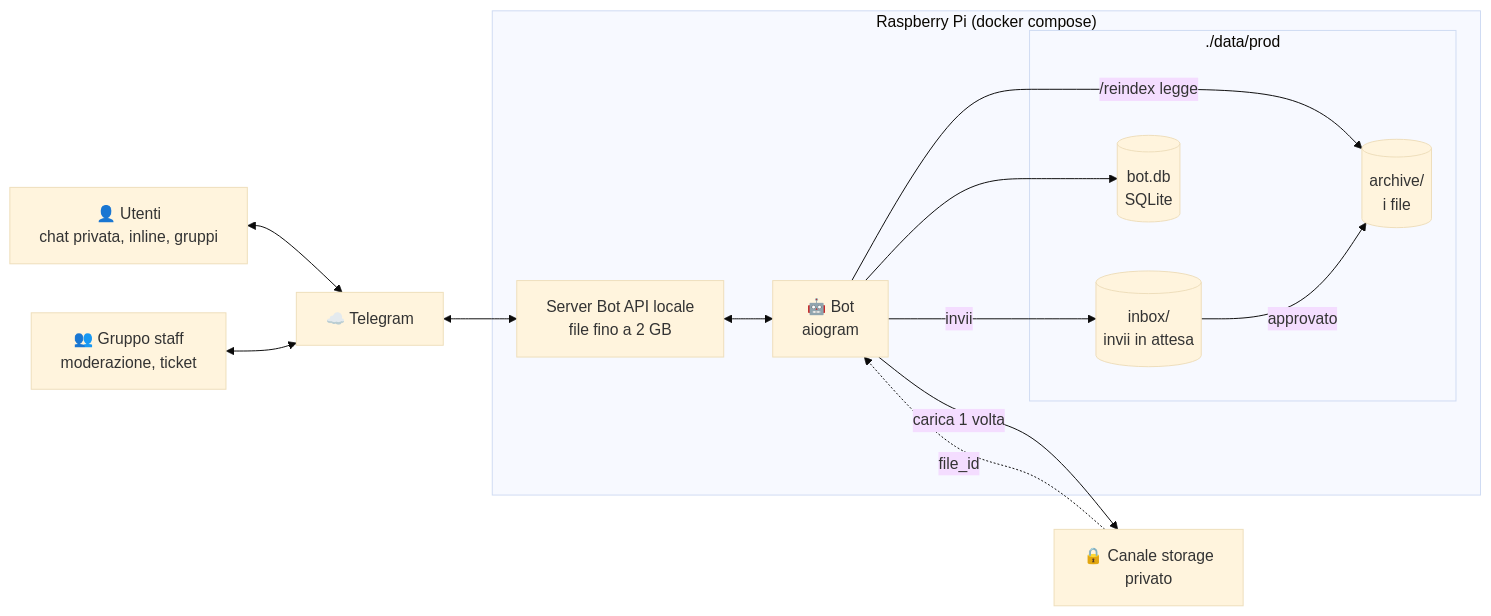
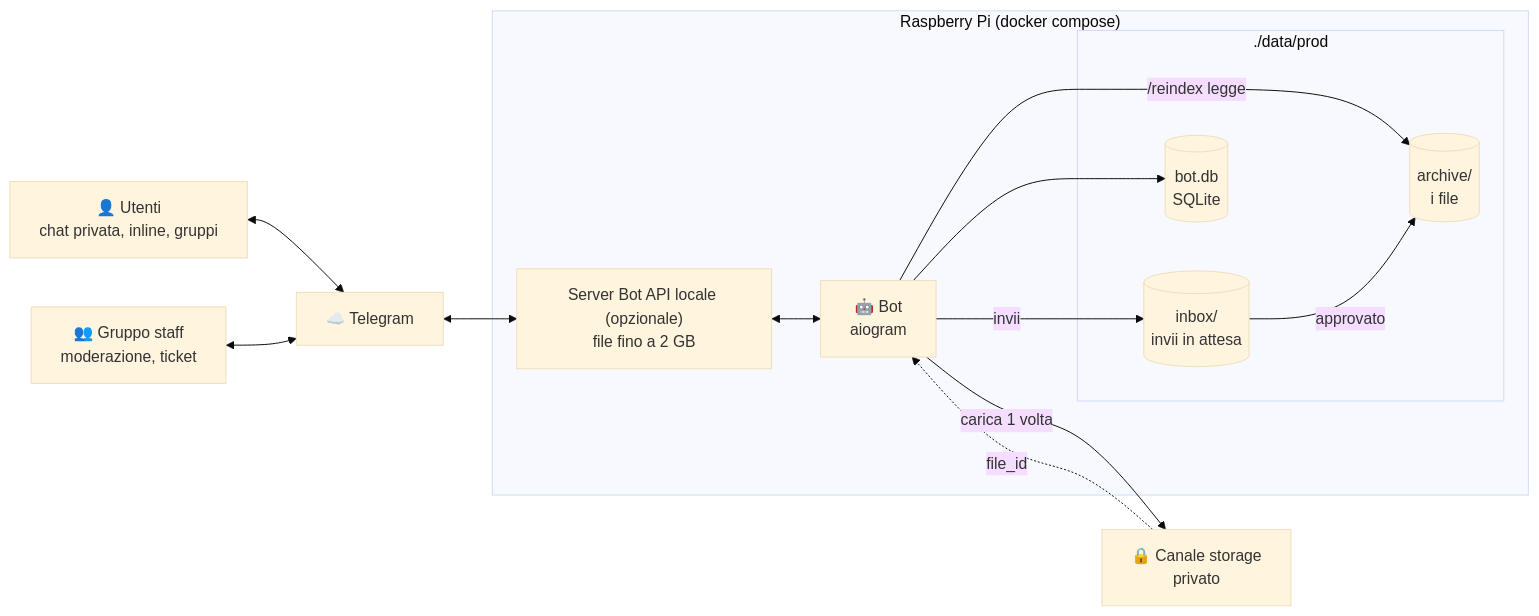
One commit to kodikasgroup/UnivrArchive changed the first of 8 diagrams in docs/FLUSSI.md. Above: the diagram before and after it, drawn with Mermaid (base theme). The commit also changed 22 other files, not shown here.

First line of the commit message:
feat: server Bot API locale opzionale

````diff
--- a/docs/FLUSSI.md
+++ b/docs/FLUSSI.md
@@ -12,27 +12,27 @@
 ```mermaid
 flowchart LR
     U["👤 Utenti<br/>chat privata, inline, gruppi"]
     S["👥 Gruppo staff<br/>moderazione, ticket"]
     subgraph PI["Raspberry Pi (docker compose)"]
         B["🤖 Bot<br/>aiogram"]
-        API["Server Bot API locale<br/>file fino a 2 GB"]
+        API["Server Bot API locale (opzionale)<br/>file fino a 2 GB"]
         subgraph DATA["./data/prod"]
             AR[("archive/<br/>i file")]
             IN[("inbox/<br/>invii in attesa")]
             DB[("bot.db<br/>SQLite")]
         end
     end
     T["☁️ Telegram"]
     ST["🔒 Canale storage<br/>privato"]
 
     U <--> T
     S <--> T
     T <--> API
     API <--> B
     B --> DB
     B -- "/reindex legge" --> AR
     B -- "invii" --> IN
     IN -- "approvato" --> AR
     B -- "carica 1 volta" --> ST
     ST -. "file_id" .-> B
 ```
````
